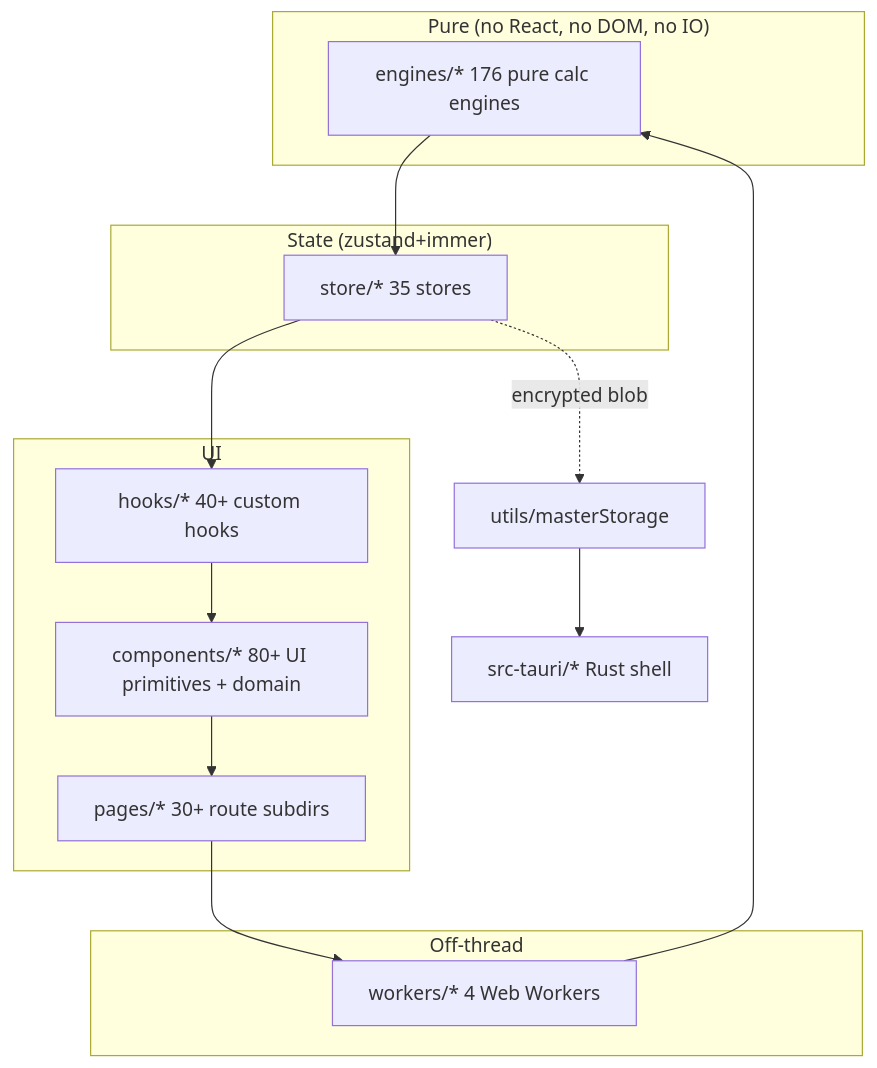
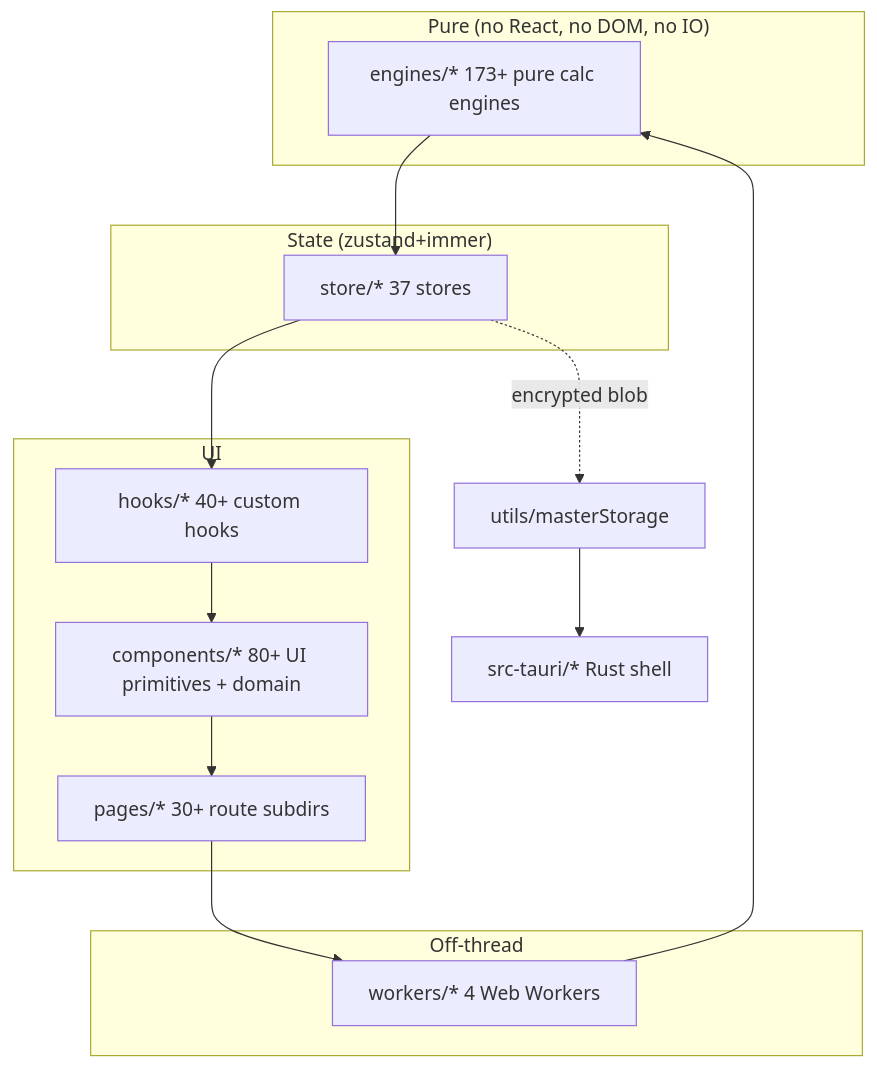
Before and after one commit to Warzonesiddiki/fp-A-betterversion: the diagram in docs/ONBOARDING.md, drawn with Mermaid. The commit also changed other lines of this file and 161 other files, not shown here.

````diff
--- a/docs/ONBOARDING.md
+++ b/docs/ONBOARDING.md
@@ -58,20 +58,20 @@
 ```mermaid
 flowchart TB
   subgraph "Pure (no React, no DOM, no IO)"
-    ENG[engines/* 176 pure calc engines]
+    ENG[engines/* 173+ pure calc engines]
   end
   subgraph "State (zustand+immer)"
-    STO[store/* 35 stores]
+    STO[store/* 37 stores]
   end
   subgraph "UI"
     HK[hooks/* 40+ custom hooks]
     CMP[components/* 80+ UI primitives + domain]
     PG[pages/* 30+ route subdirs]
   end
   subgraph "Off-thread"
     WK[workers/* 4 Web Workers]
   end
   ENG --> STO --> HK --> CMP --> PG --> WK --> ENG
   STO -.encrypted blob.-> MS[utils/masterStorage]
   MS --> TAURI[src-tauri/* Rust shell]
 ```
````
